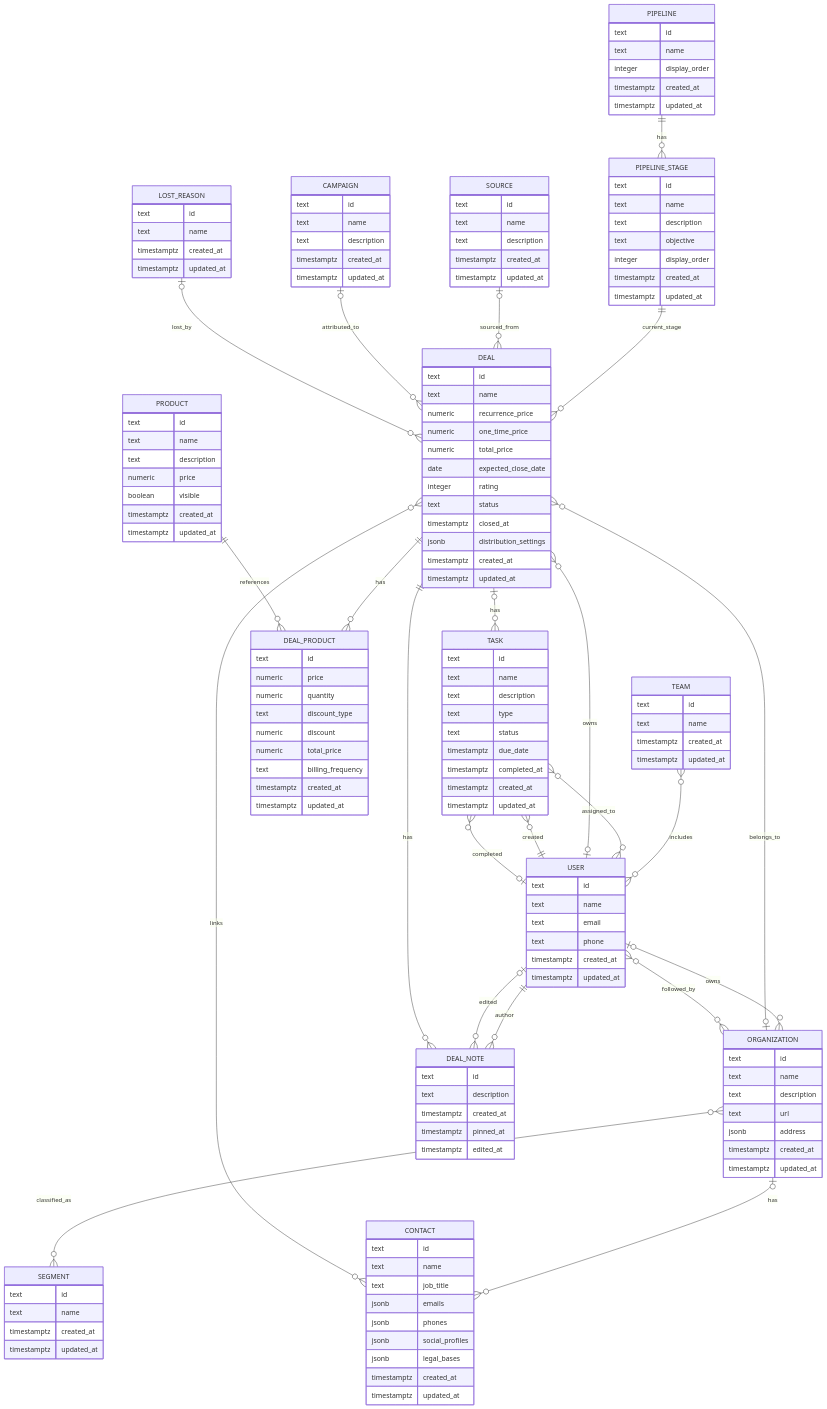
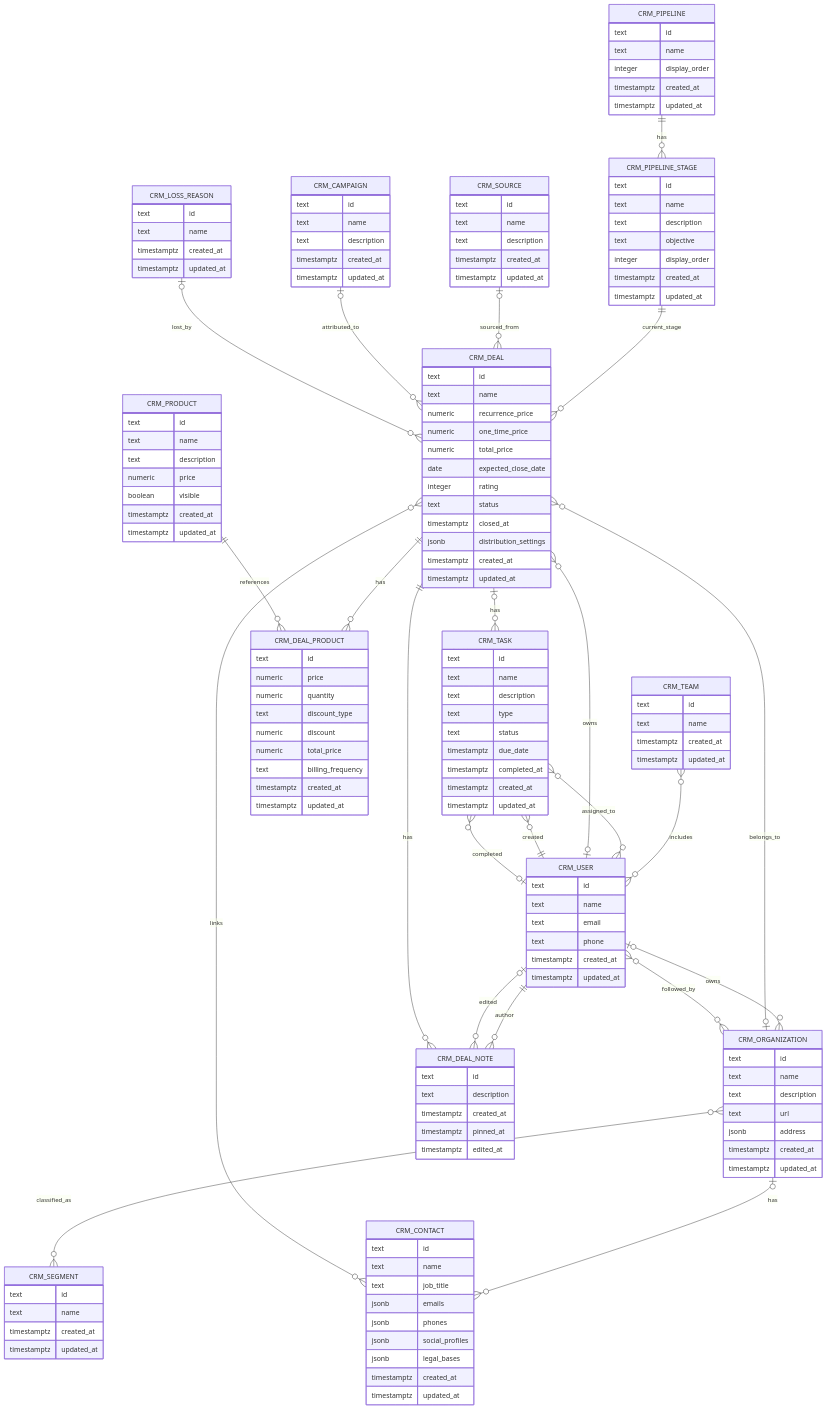
The first of 2 diagrams in README.md (hcubasd/curly-spoon), drawn with Mermaid before and after one commit. The commit also changed other lines of this file and 6 other files, not shown here.

First line of the commit message:
rename sales schema tables to canonical crm_ prefixed names

````diff
--- a/README.md
+++ b/README.md
@@ -66,6 +66,6 @@
 ```mermaid
 erDiagram
-    CAMPAIGN {
+    CRM_CAMPAIGN {
         text id
         text name
         text description
@@ -73,14 +73,14 @@
         timestamptz updated_at
     }
 
-    LOST_REASON {
+    CRM_LOSS_REASON {
         text id
         text name
         timestamptz created_at
         timestamptz updated_at
     }
 
-    PIPELINE {
+    CRM_PIPELINE {
         text id
         text name
         integer display_order
@@ -88,7 +88,7 @@
         timestamptz updated_at
     }
 
-    PIPELINE_STAGE {
+    CRM_PIPELINE_STAGE {
         text id
         text name
         text description
@@ -98,7 +98,7 @@
         timestamptz updated_at
     }
 
-    PRODUCT {
+    CRM_PRODUCT {
         text id
         text name
         text description
@@ -108,14 +108,14 @@
         timestamptz updated_at
     }
 
-    SEGMENT {
+    CRM_SEGMENT {
         text id
         text name
         timestamptz created_at
         timestamptz updated_at
     }
 
-    SOURCE {
+    CRM_SOURCE {
         text id
         text name
         text description
@@ -123,14 +123,14 @@
         timestamptz updated_at
     }
 
-    TEAM {
+    CRM_TEAM {
         text id
         text name
         timestamptz created_at
         timestamptz updated_at
     }
 
-    USER {
+    CRM_USER {
         text id
         text name
         text email
@@ -139,7 +139,7 @@
         timestamptz updated_at
     }
 
-    ORGANIZATION {
+    CRM_ORGANIZATION {
         text id
         text name
         text description
@@ -149,7 +149,7 @@
         timestamptz updated_at
     }
 
-    CONTACT {
+    CRM_CONTACT {
         text id
         text name
         text job_title
@@ -161,7 +161,7 @@
         timestamptz updated_at
     }
 
-    DEAL {
+    CRM_DEAL {
         text id
         text name
         numeric recurrence_price
@@ -176,7 +176,7 @@
         timestamptz updated_at
     }
 
-    DEAL_PRODUCT {
+    CRM_DEAL_PRODUCT {
         text id
         numeric price
         numeric quantity
@@ -188,7 +188,7 @@
         timestamptz updated_at
     }
 
-    DEAL_NOTE {
+    CRM_DEAL_NOTE {
         text id
         text description
         timestamptz created_at
@@ -196,7 +196,7 @@
         timestamptz edited_at
     }
 
-    TASK {
+    CRM_TASK {
         text id
         text name
         text description
@@ -208,26 +208,26 @@
         timestamptz updated_at
     }
 
-    PIPELINE ||--o{ PIPELINE_STAGE : "has"
-    PIPELINE_STAGE ||--o{ DEAL : "current_stage"
-    USER o|--o{ ORGANIZATION : "owns"
-    USER o|--o{ DEAL : "owns"
-    USER ||--o{ DEAL_NOTE : "author"
-    USER o|--o{ DEAL_NOTE : "edited"
-    USER ||--o{ TASK : "created"
-    USER o|--o{ TASK : "completed"
-    SOURCE o|--o{ DEAL : "sourced_from"
-    CAMPAIGN o|--o{ DEAL : "attributed_to"
-    LOST_REASON o|--o{ DEAL : "lost_by"
-    ORGANIZATION o|--o{ CONTACT : "has"
-    ORGANIZATION o|--o{ DEAL : "belongs_to"
-    DEAL ||--o{ DEAL_PRODUCT : "has"
-    PRODUCT ||--o{ DEAL_PRODUCT : "references"
-    DEAL ||--o{ DEAL_NOTE : "has"
-    DEAL o|--o{ TASK : "has"
-    DEAL }o--o{ CONTACT : "links"
-    ORGANIZATION }o--o{ SEGMENT : "classified_as"
-    ORGANIZATION }o--o{ USER : "followed_by"
-    TEAM }o--o{ USER : "includes"
-    TASK }o--o{ USER : "assigned_to"
+    CRM_PIPELINE ||--o{ CRM_PIPELINE_STAGE : "has"
+    CRM_PIPELINE_STAGE ||--o{ CRM_DEAL : "current_stage"
+    CRM_USER o|--o{ CRM_ORGANIZATION : "owns"
+    CRM_USER o|--o{ CRM_DEAL : "owns"
+    CRM_USER ||--o{ CRM_DEAL_NOTE : "author"
+    CRM_USER o|--o{ CRM_DEAL_NOTE : "edited"
+    CRM_USER ||--o{ CRM_TASK : "created"
+    CRM_USER o|--o{ CRM_TASK : "completed"
+    CRM_SOURCE o|--o{ CRM_DEAL : "sourced_from"
+    CRM_CAMPAIGN o|--o{ CRM_DEAL : "attributed_to"
+    CRM_LOSS_REASON o|--o{ CRM_DEAL : "lost_by"
+    CRM_ORGANIZATION o|--o{ CRM_CONTACT : "has"
+    CRM_ORGANIZATION o|--o{ CRM_DEAL : "belongs_to"
+    CRM_DEAL ||--o{ CRM_DEAL_PRODUCT : "has"
+    CRM_PRODUCT ||--o{ CRM_DEAL_PRODUCT : "references"
+    CRM_DEAL ||--o{ CRM_DEAL_NOTE : "has"
+    CRM_DEAL o|--o{ CRM_TASK : "has"
+    CRM_DEAL }o--o{ CRM_CONTACT : "links"
+    CRM_ORGANIZATION }o--o{ CRM_SEGMENT : "classified_as"
+    CRM_ORGANIZATION }o--o{ CRM_USER : "followed_by"
+    CRM_TEAM }o--o{ CRM_USER : "includes"
+    CRM_TASK }o--o{ CRM_USER : "assigned_to"
 ```
````
